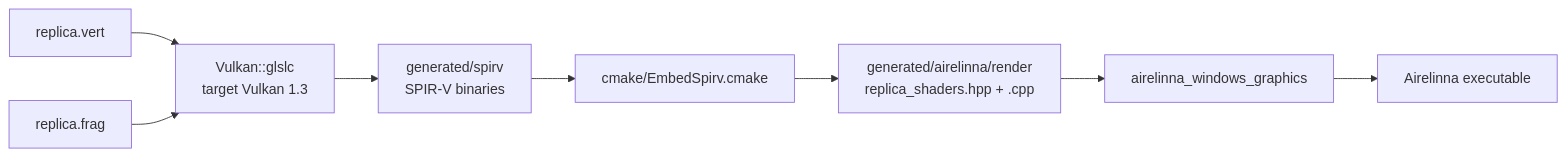
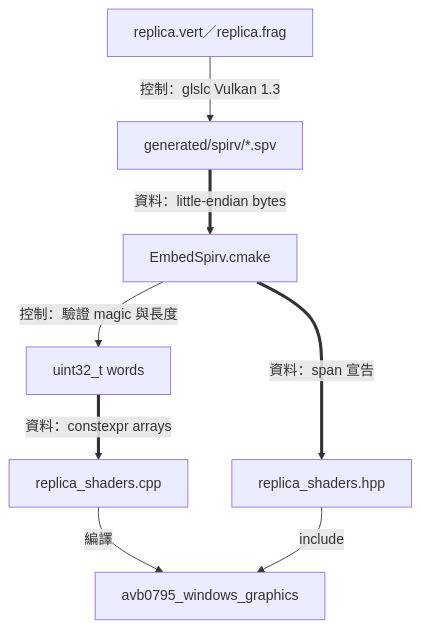
Before and after one commit to Mes0903/avb0795: the fourth of 6 diagrams in docs/architecture/build-and-validation.md, drawn with Mermaid. The commit also changed other lines of this file and 156 other files, not shown here.

````diff
--- a/docs/architecture/build-and-validation.md
+++ b/docs/architecture/build-and-validation.md
@@ -62,10 +81,10 @@
 ```mermaid
-flowchart LR
-    Vert["replica.vert"] --> Glslc["Vulkan::glslc<br/>target Vulkan 1.3"]
-    Frag["replica.frag"] --> Glslc
-    Glslc --> Spirv["generated/spirv<br/>SPIR-V binaries"]
-    Spirv --> Embed["cmake/EmbedSpirv.cmake"]
-    Embed --> Header["generated/airelinna/render<br/>replica_shaders.hpp + .cpp"]
-    Header --> Target["airelinna_windows_graphics"]
-    Target --> Exe["Airelinna executable"]
+flowchart TB
+    GLSL["replica.vert／replica.frag"] -->|"控制：glslc Vulkan 1.3"| SPV["generated/spirv/*.spv"]
+    SPV ==>|"資料：little-endian bytes"| Embed["EmbedSpirv.cmake"]
+    Embed -->|"控制：驗證 magic 與長度"| Words["uint32_t words"]
+    Words ==>|"資料：constexpr arrays"| Cpp["replica_shaders.cpp"]
+    Embed ==>|"資料：span 宣告"| Hpp["replica_shaders.hpp"]
+    Cpp -->|"編譯"| Target["avb0795_windows_graphics"]
+    Hpp -->|"include"| Target
 ```
````
